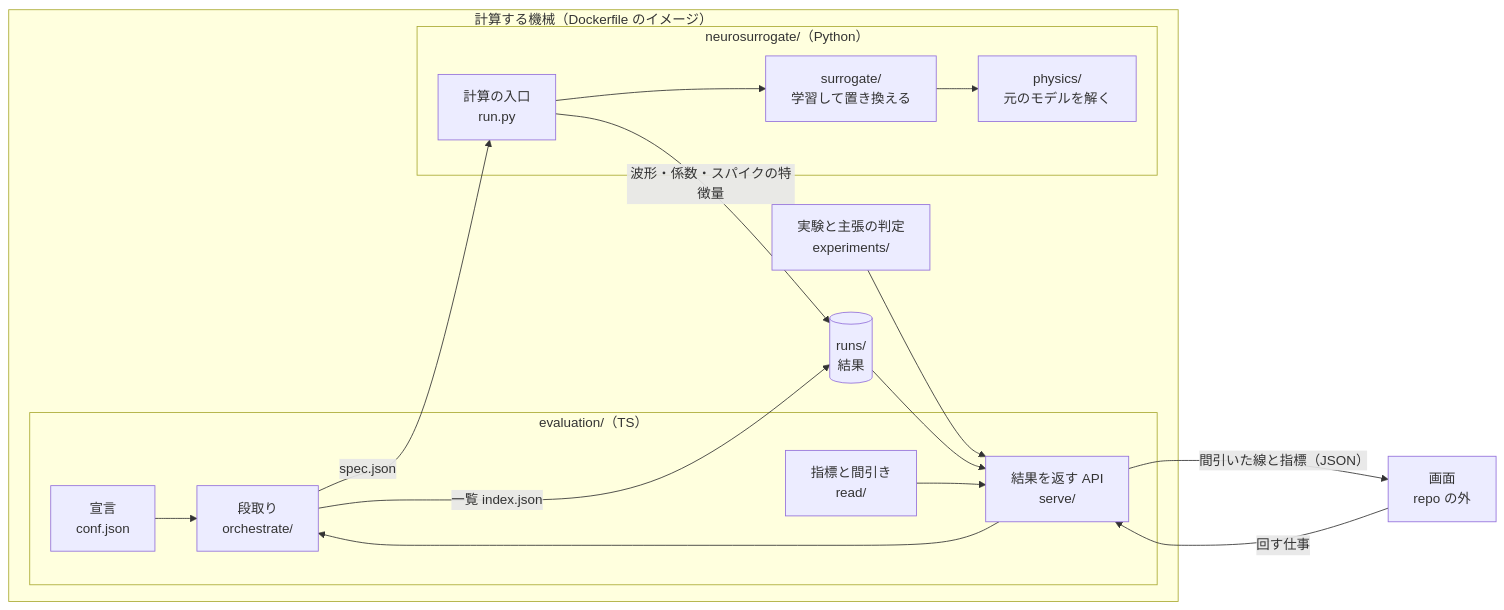
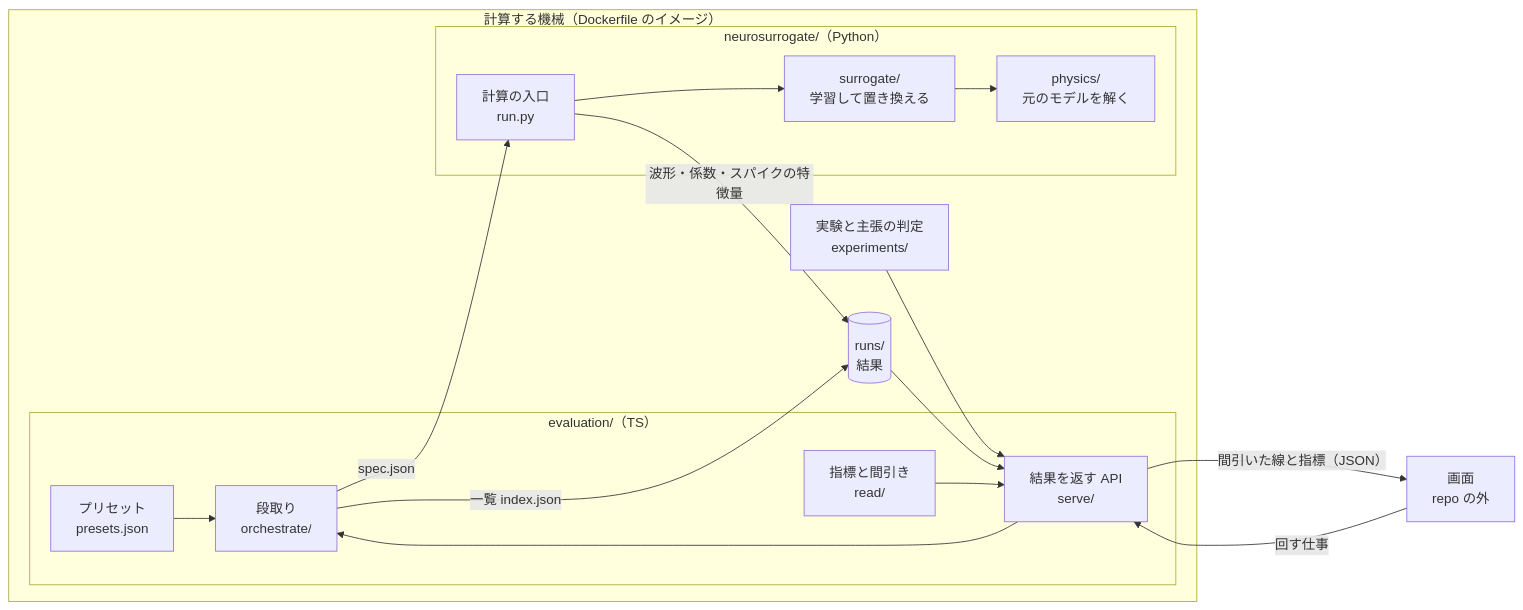
The first of 3 diagrams in README.md (MunechikaHaruki/SINDyNeuroSurrogate), drawn with Mermaid before and after one commit. The commit also changed 12 other files, not shown here.

First line of the commit message:
Put every preset value in presets.json and shorten each theme's experiments.json

````diff
--- a/README.md
+++ b/README.md
@@ -11,31 +11,31 @@
 ```mermaid
 flowchart LR
   subgraph machine["計算する機械（Dockerfile のイメージ）"]
     subgraph ts["evaluation/（TS）"]
-      conf["宣言<br/>conf.json"]
+      conf["プリセット<br/>presets.json"]
       orch["段取り<br/>orchestrate/"]
       serve["結果を返す API<br/>serve/"]
       read["指標と間引き<br/>read/"]
     end
     exp["実験と主張の判定<br/>experiments/"]
     subgraph py["neurosurrogate/（Python）"]
       entry["計算の入口<br/>run.py"]
       surr["surrogate/<br/>学習して置き換える"]
       phys["physics/<br/>元のモデルを解く"]
     end
     runs[("runs/<br/>結果")]
   end
   view["画面<br/>repo の外"]
   conf --> orch
   orch -- "spec.json" --> entry
   entry --> surr
   surr --> phys
   entry -- "波形・係数・スパイクの特徴量" --> runs
   orch -- "一覧 index.json" --> runs
   runs --> serve
   read --> serve
   exp --> serve
   serve -- "間引いた線と指標（JSON）" --> view
   view -- "回す仕事" --> serve
   serve --> orch
 ```
````
